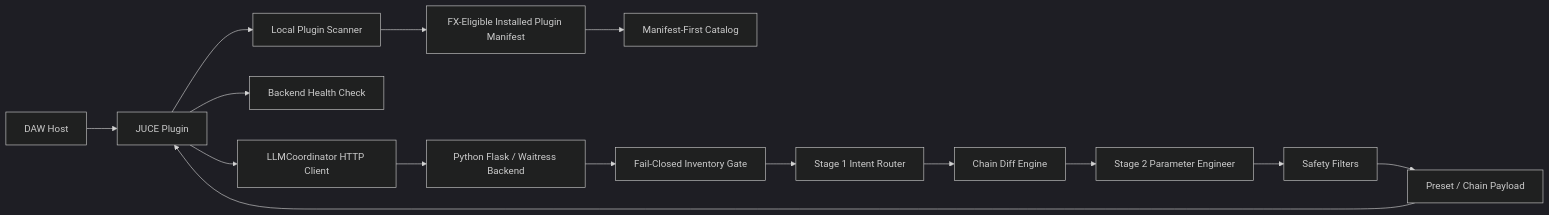
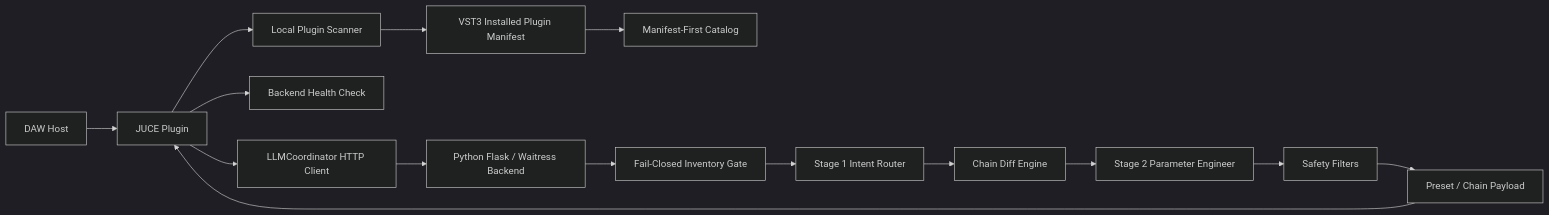
One commit to DenisShumilov/chainprompt-ai changed the diagram in README.md. Above: the diagram before and after it, drawn with Mermaid (dark theme). The commit also changed other lines of this file and 14 other files, not shown here.

````diff
--- a/README.md
+++ b/README.md
@@ -72,17 +74,17 @@
 ```mermaid
 flowchart LR
     DAW[DAW Host] --> Plugin[JUCE Plugin]
     Plugin --> Scanner[Local Plugin Scanner]
-    Scanner --> Manifest[FX-Eligible Installed Plugin Manifest]
+    Scanner --> Manifest[VST3 Installed Plugin Manifest]
     Plugin --> Health[Backend Health Check]
     Plugin --> Chat[LLMCoordinator HTTP Client]
     Chat --> API[Python Flask / Waitress Backend]
     Manifest --> Catalog[Manifest-First Catalog]
     API --> Gate[Fail-Closed Inventory Gate]
     Gate --> Stage1[Stage 1 Intent Router]
     Stage1 --> Diff[Chain Diff Engine]
     Diff --> Stage2[Stage 2 Parameter Engineer]
     Stage2 --> Safety[Safety Filters]
     Safety --> Preset[Preset / Chain Payload]
     Preset --> Plugin
 ```
````
